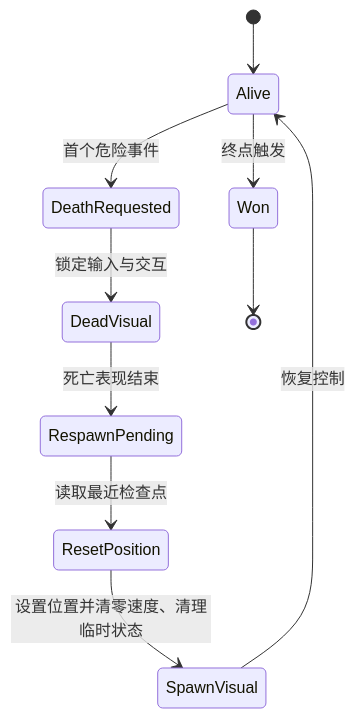
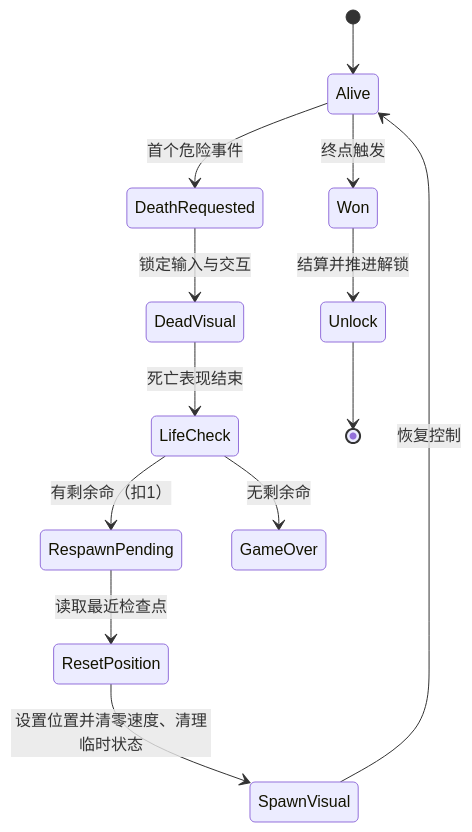
One commit to jesspig/Godot-Autopilot changed the second of 2 diagrams in Example/docs/gdd/mechanics.md. Above: the diagram before and after it, drawn with Mermaid. The commit also changed other lines of this file and 9 other files, not shown here.

````diff
--- a/Example/docs/gdd/mechanics.md
+++ b/Example/docs/gdd/mechanics.md
@@ -136,12 +150,15 @@
 ```mermaid
 stateDiagram-v2
     [*] --> Alive
     Alive --> DeathRequested: 首个危险事件
     DeathRequested --> DeadVisual: 锁定输入与交互
-    DeadVisual --> RespawnPending: 死亡表现结束
+    DeadVisual --> LifeCheck: 死亡表现结束
+    LifeCheck --> RespawnPending: 有剩余命（扣1）
+    LifeCheck --> GameOver: 无剩余命
     RespawnPending --> ResetPosition: 读取最近检查点
     ResetPosition --> SpawnVisual: 设置位置并清零速度、清理临时状态
     SpawnVisual --> Alive: 恢复控制
     Alive --> Won: 终点触发
-    Won --> [*]
+    Won --> Unlock: 结算并推进解锁
+    Unlock --> [*]
 ```
````
